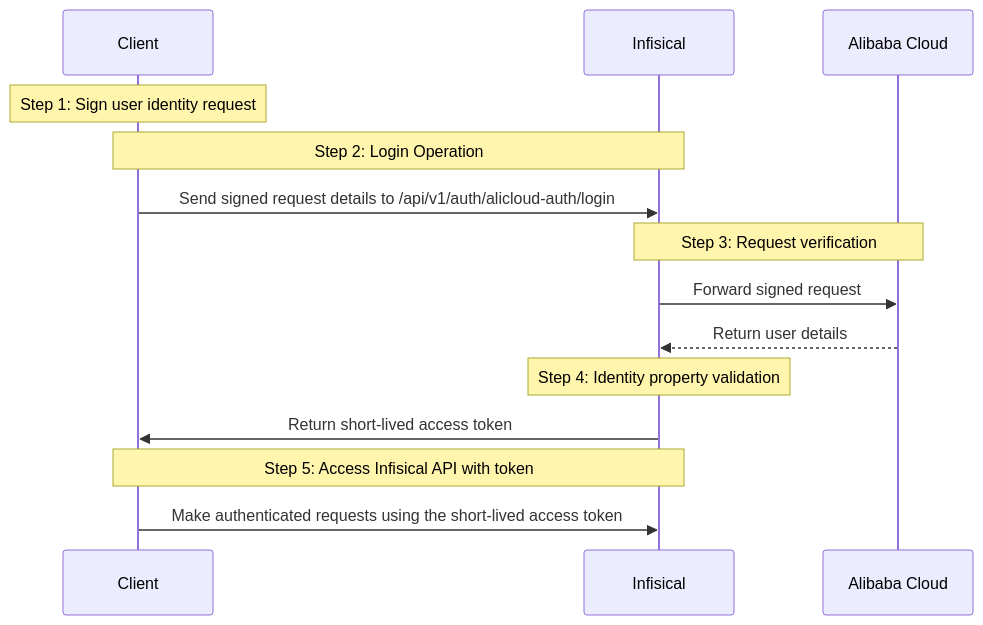
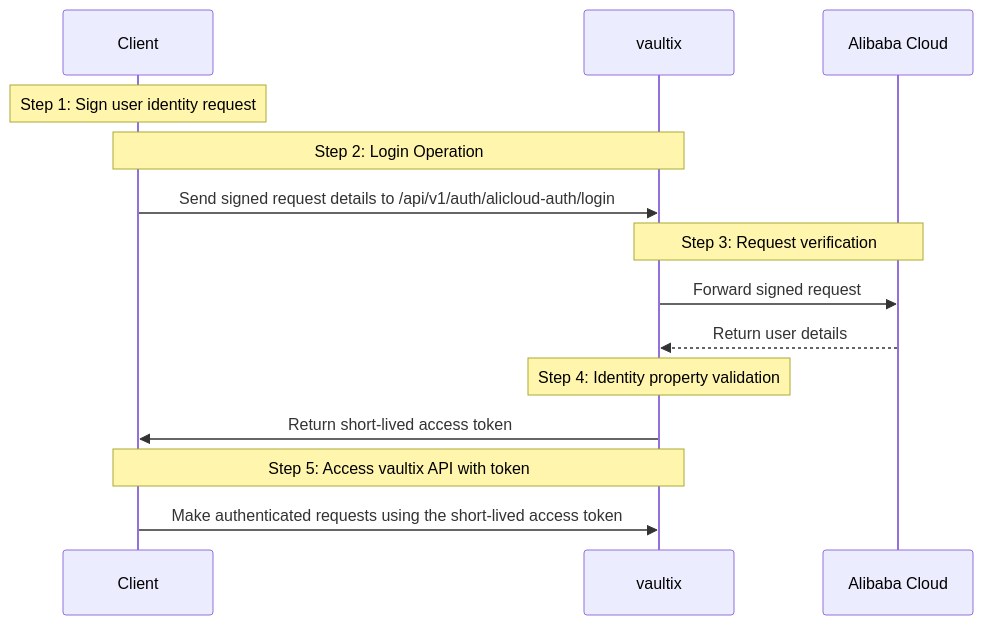
Before and after one commit to shippinAI/vaultix: the diagram in core/docs/documentation/platform/identities/alicloud-auth.mdx, drawn with Mermaid. The commit also changed other lines of this file and 1202 other files, not shown here.

````diff
--- a/core/docs/documentation/platform/identities/alicloud-auth.mdx
+++ b/core/docs/documentation/platform/identities/alicloud-auth.mdx
@@ -12,21 +12,21 @@
 ```mermaid
 sequenceDiagram
   participant Client
-  participant Infisical
+  participant vaultix
   participant Alibaba Cloud
 
   Note over Client,Client: Step 1: Sign user identity request
 
-  Note over Client,Infisical: Step 2: Login Operation
-  Client->>Infisical: Send signed request details to /api/v1/auth/alicloud-auth/login
+  Note over Client,vaultix: Step 2: Login Operation
+  Client->>vaultix: Send signed request details to /api/v1/auth/alicloud-auth/login
 
-  Note over Infisical,Alibaba Cloud: Step 3: Request verification
-  Infisical->>Alibaba Cloud: Forward signed request
-  Alibaba Cloud-->>Infisical: Return user details
+  Note over vaultix,Alibaba Cloud: Step 3: Request verification
+  vaultix->>Alibaba Cloud: Forward signed request
+  Alibaba Cloud-->>vaultix: Return user details
 
-  Note over Infisical: Step 4: Identity property validation
-  Infisical->>Client: Return short-lived access token
+  Note over vaultix: Step 4: Identity property validation
+  vaultix->>Client: Return short-lived access token
 
-  Note over Client,Infisical: Step 5: Access Infisical API with token
-  Client->>Infisical: Make authenticated requests using the short-lived access token
+  Note over Client,vaultix: Step 5: Access vaultix API with token
+  Client->>vaultix: Make authenticated requests using the short-lived access token
 ```
````
